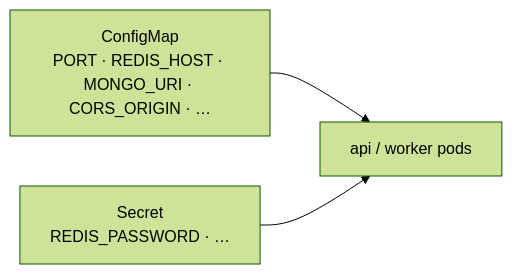
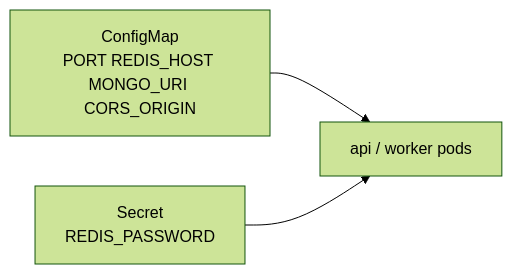
One commit to eqan/Scalable-Fleet-Dispatcher changed diagram 12 of 12 in README.md. Above: the diagram before and after it, drawn with Mermaid (forest theme). The commit also changed other lines of this file, not shown here.

````diff
--- a/README.md
+++ b/README.md
@@ -513,5 +513,5 @@
 ```mermaid
 flowchart LR
-  CM["ConfigMap<br/>PORT · REDIS_HOST · MONGO_URI · CORS_ORIGIN · …"] --> POD["api / worker pods"]
-  SEC["Secret<br/>REDIS_PASSWORD · …"] --> POD
+  CM["ConfigMap<br/>PORT REDIS_HOST MONGO_URI CORS_ORIGIN"] --> POD["api / worker pods"]
+  SEC["Secret<br/>REDIS_PASSWORD"] --> POD
 ```
````
